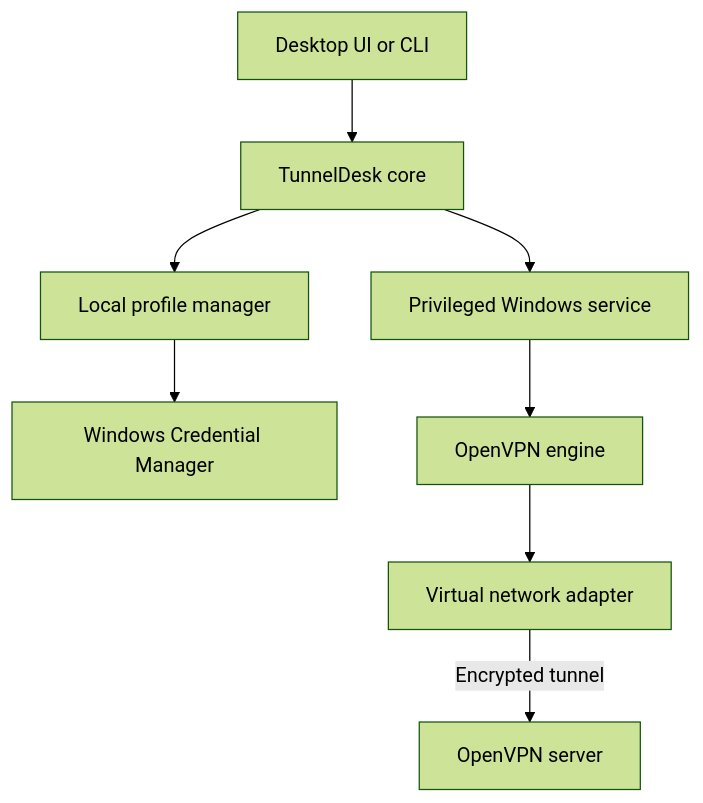
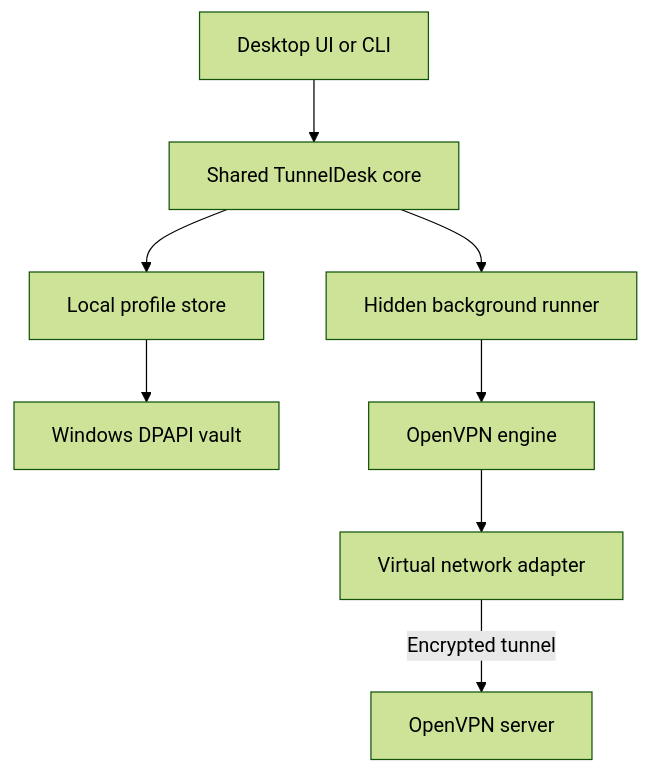
One commit to Felipyan19/tunneldesk changed the diagram in README.md. Above: the diagram before and after it, drawn with Mermaid (forest theme). The commit also changed other lines of this file and 27 other files, not shown here.

Commit message:
Build generic hybrid TunnelDesk MVP

````diff
--- a/README.md
+++ b/README.md
@@ -55,10 +24,10 @@
 ```mermaid
 flowchart TD
-    User["Desktop UI or CLI"] --> Core["TunnelDesk core"]
-    Core --> Profiles["Local profile manager"]
-    Profiles --> Vault["Windows Credential Manager"]
-    Core --> Service["Privileged Windows service"]
-    Service --> Engine["OpenVPN engine"]
-    Engine --> Adapter["Virtual network adapter"]
+    User["Desktop UI or CLI"] --> Core["Shared TunnelDesk core"]
+    Core --> Profiles["Local profile store"]
+    Profiles --> DPAPI["Windows DPAPI vault"]
+    Core --> Runner["Hidden background runner"]
+    Runner --> OpenVPN["OpenVPN engine"]
+    OpenVPN --> Adapter["Virtual network adapter"]
     Adapter -->|Encrypted tunnel| Server["OpenVPN server"]
 ```
````
